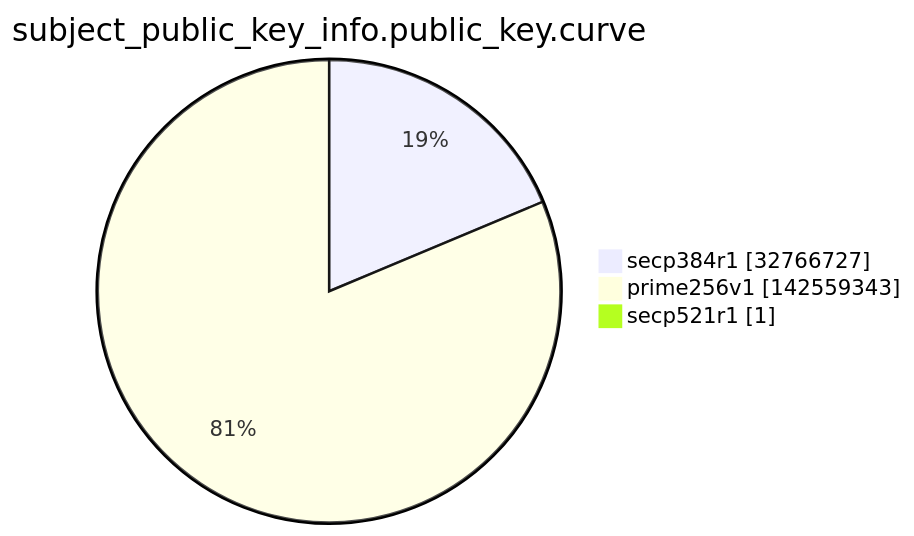
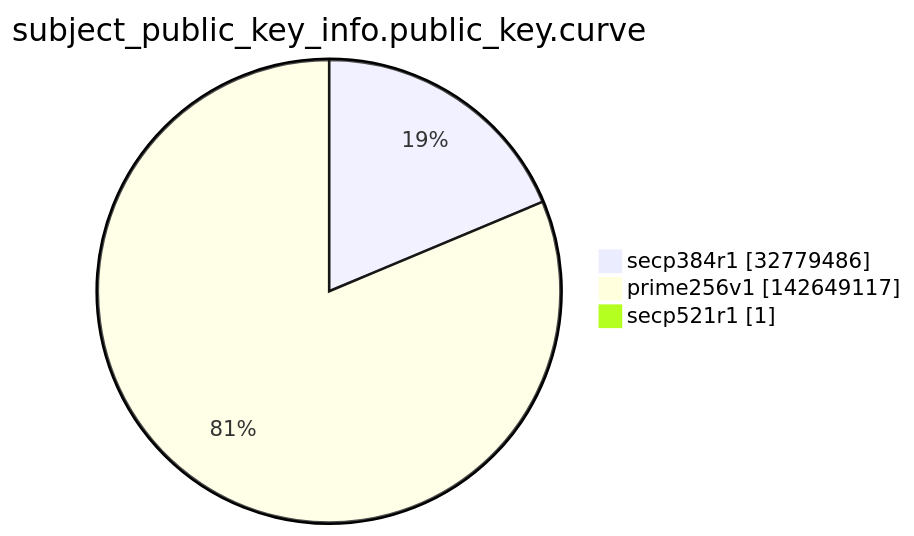
The ninth of 15 diagrams in argon2022/README.md (christiankrug/ctmonitor_visualization), drawn with Mermaid before and after one commit. The commit also changed other lines of this file, not shown here.

````diff
--- a/argon2022/README.md
+++ b/argon2022/README.md
@@ -2764,7 +2764,7 @@
 ```mermaid
 pie showData
 title subject_public_key_info.public_key.curve
-"secp384r1" :32766727
-"prime256v1" :142559343
+"secp384r1" :32779486
+"prime256v1" :142649117
 "secp521r1" :1
 ```
````
